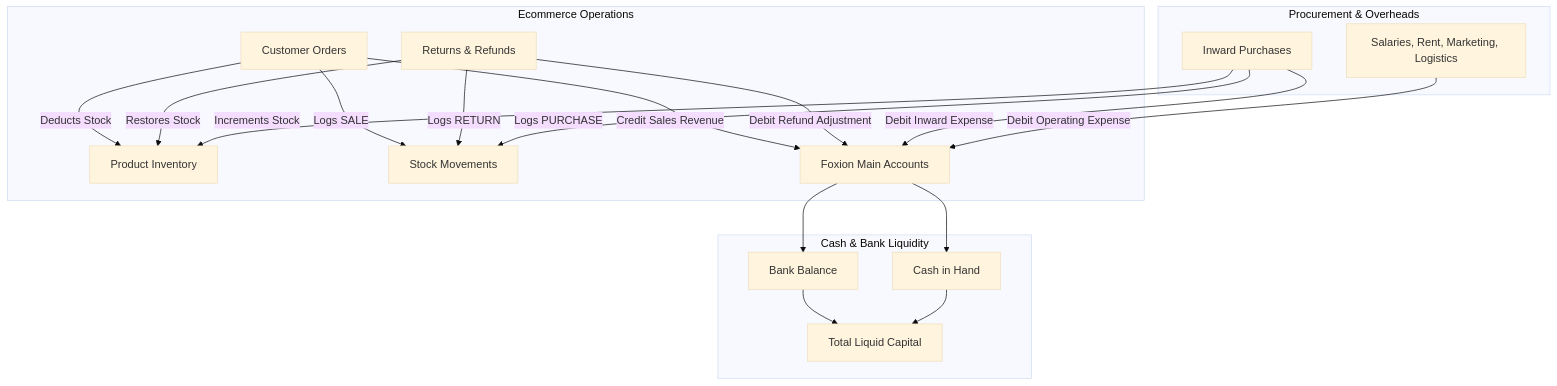
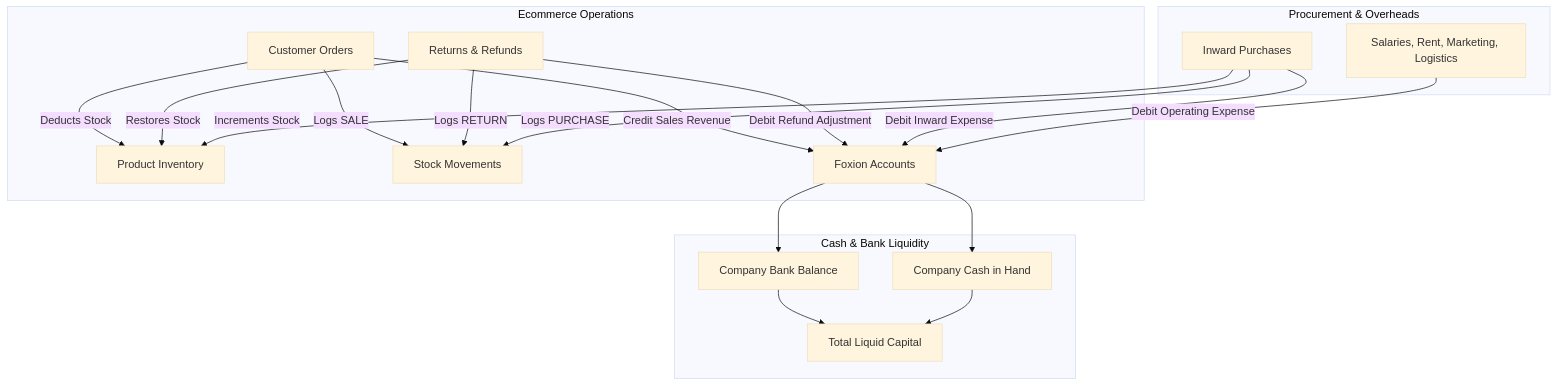
One commit to foxion-private-limited/ecom changed the diagram in README.md. Above: the diagram before and after it, drawn with Mermaid (base theme). The commit also changed other lines of this file and 26 other files, not shown here.

````diff
--- a/README.md
+++ b/README.md
@@ -53,26 +58,26 @@
 ```mermaid
 graph TD
     subgraph Ecommerce Operations
         ORD[Customer Orders] -->|Deducts Stock| PROD[Product Inventory]
         ORD -->|Logs SALE| SM[Stock Movements]
-        ORD -->|Credit Sales Revenue| MAIN_BOOK[Foxion Main Accounts]
+        ORD -->|Credit Sales Revenue| MAIN_BOOK[Foxion Accounts]
 
         RET[Returns & Refunds] -->|Restores Stock| PROD
         RET -->|Logs RETURN| SM
         RET -->|Debit Refund Adjustment| MAIN_BOOK
     end
 
     subgraph Procurement & Overheads
         PUR[Inward Purchases] -->|Increments Stock| PROD
         PUR -->|Logs PURCHASE| SM
         PUR -->|Debit Inward Expense| MAIN_BOOK
         EXP[Salaries, Rent, Marketing, Logistics] -->|Debit Operating Expense| MAIN_BOOK
     end
 
     subgraph Cash & Bank Liquidity
-        MAIN_BOOK --> BANK[Bank Balance]
-        MAIN_BOOK --> CASH[Cash in Hand]
+        MAIN_BOOK --> BANK[Company Bank Balance]
+        MAIN_BOOK --> CASH[Company Cash in Hand]
         BANK --> LIQ[Total Liquid Capital]
         CASH --> LIQ
     end
 ```
````
